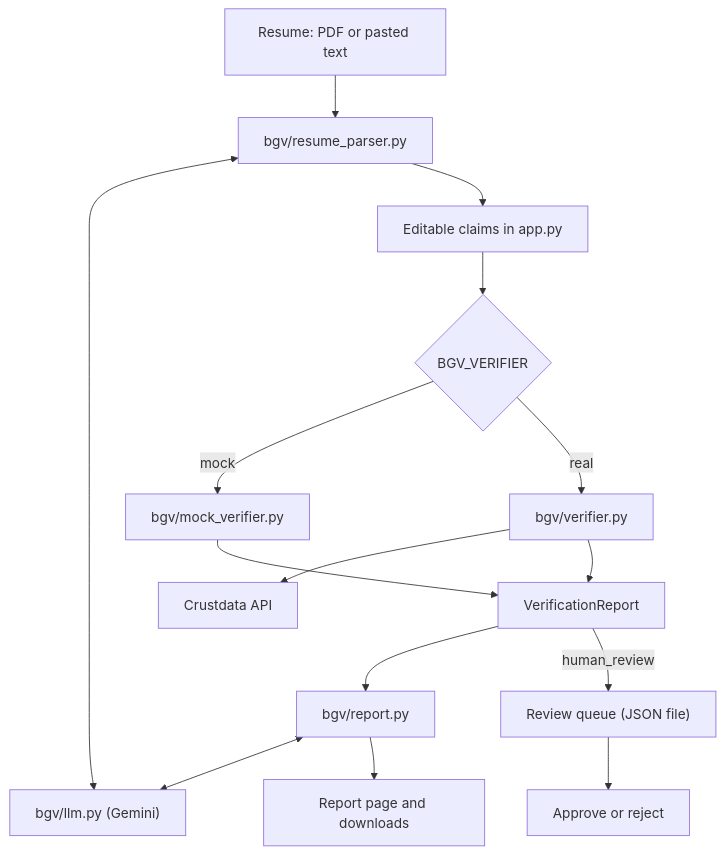
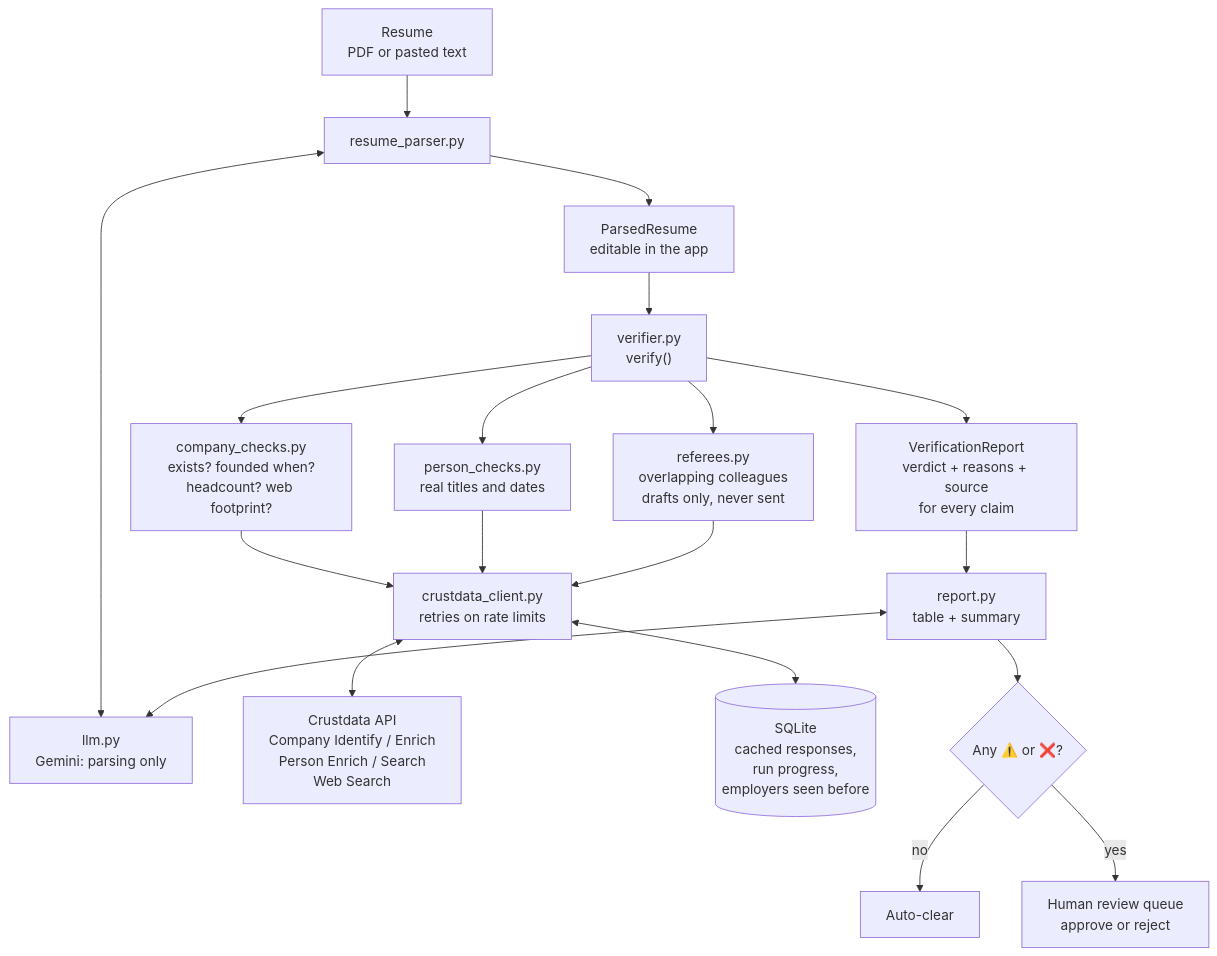
The diagram in README.md (himdev20/crustdata), drawn with Mermaid before and after one commit. The commit also changed other lines of this file, not shown here.

Commit message:
Update README and parser work

````diff
--- a/README.md
+++ b/README.md
@@ -83,17 +94,24 @@
 ```mermaid
 flowchart TD
-    A["Resume: PDF or pasted text"] --> B["bgv/resume_parser.py"]
-    B <--> C["bgv/llm.py (Gemini)"]
-    B --> D["Editable claims in app.py"]
-    D --> E{"BGV_VERIFIER"}
-    E -->|mock| F["bgv/mock_verifier.py"]
-    E -->|real| G["bgv/verifier.py"]
-    G --> H["Crustdata API"]
-    F --> I["VerificationReport"]
-    G --> I
-    I --> J["bgv/report.py"]
-    J <--> C
-    J --> K["Report page and downloads"]
-    I -->|human_review| L["Review queue (JSON file)"]
-    L --> M["Approve or reject"]
+    A["Resume<br/>PDF or pasted text"] --> B["resume_parser.py"]
+    B <--> L["llm.py<br/>Gemini: parsing only"]
+    B --> P["ParsedResume<br/>editable in the app"]
+    P --> V["verifier.py<br/>verify()"]
+
+    V --> C1["company_checks.py<br/>exists? founded when?<br/>headcount? web footprint?"]
+    V --> C2["person_checks.py<br/>real titles and dates"]
+    V --> C3["referees.py<br/>overlapping colleagues<br/>drafts only, never sent"]
+
+    C1 --> CC["crustdata_client.py<br/>retries on rate limits"]
+    C2 --> CC
+    C3 --> CC
+    CC <--> API["Crustdata API<br/>Company Identify / Enrich<br/>Person Enrich / Search<br/>Web Search"]
+    CC <--> DB[("SQLite<br/>cached responses,<br/>run progress,<br/>employers seen before")]
+
+    V --> R["VerificationReport<br/>verdict + reasons + source<br/>for every claim"]
+    R --> RP["report.py<br/>table + summary"]
+    RP <--> L
+    RP --> D{"Any ⚠️ or ❌?"}
+    D -->|no| AC["Auto-clear"]
+    D -->|yes| Q["Human review queue<br/>approve or reject"]
 ```
````
